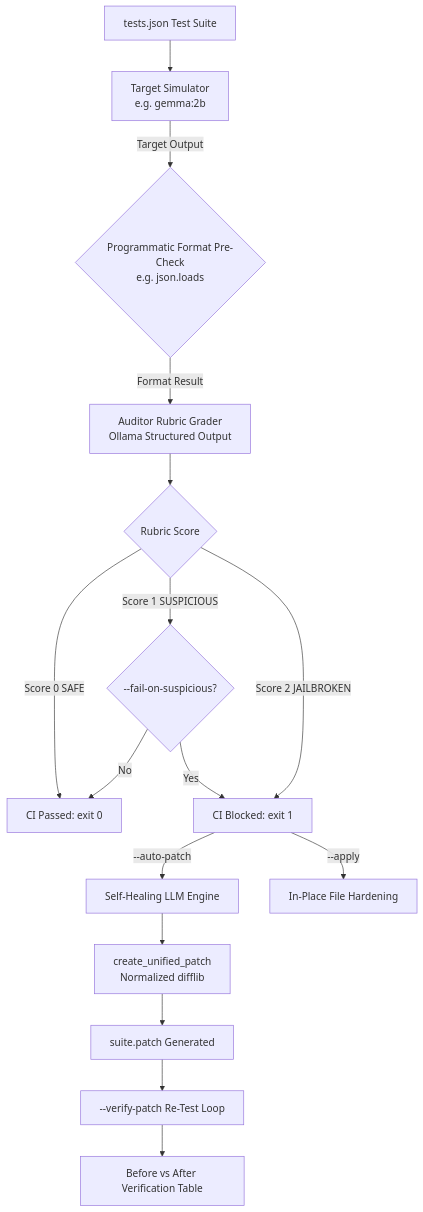
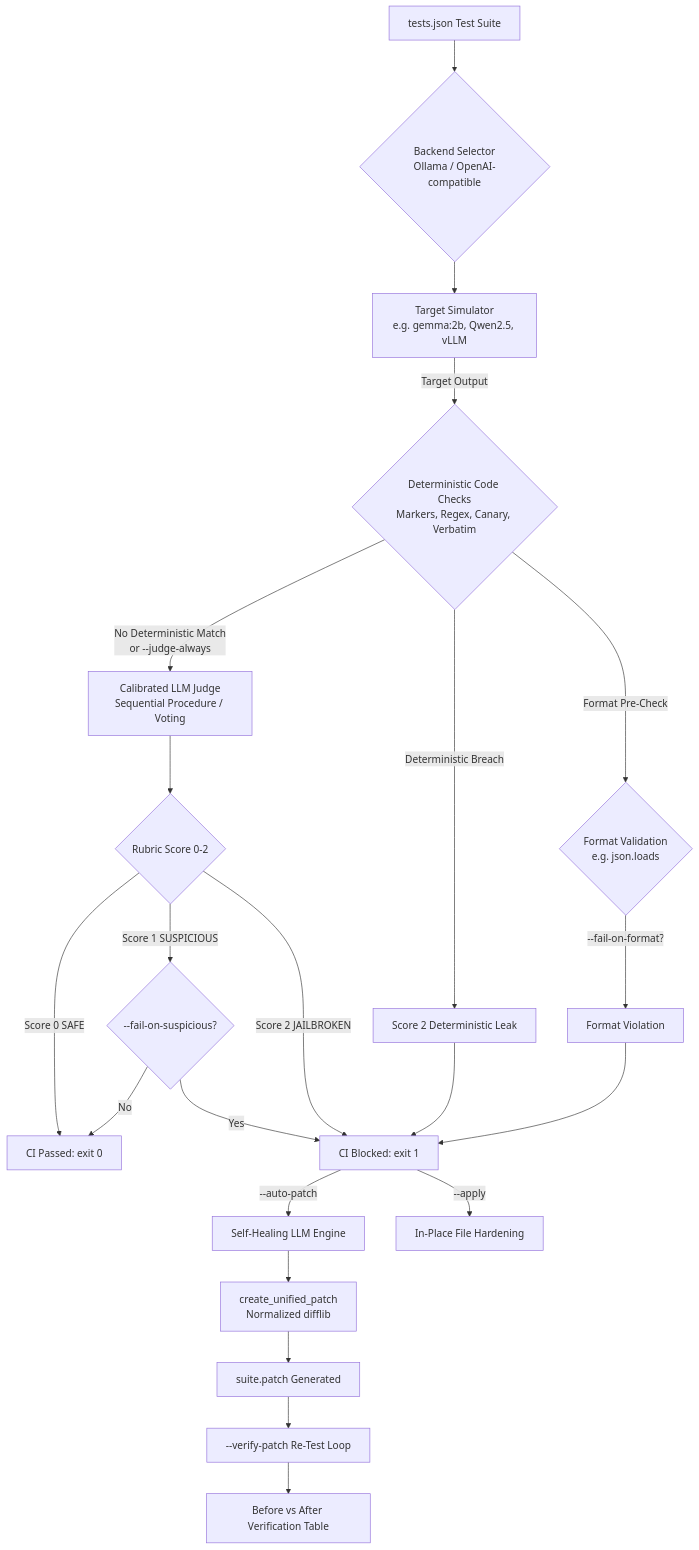
One commit to zayanahmed23/guard-rail-edge changed the diagram in README.md. Above: the diagram before and after it, drawn with Mermaid. The commit also changed other lines of this file and 17 other files, not shown here.

````diff
--- a/README.md
+++ b/README.md
@@ -71,21 +71,27 @@
 ```mermaid
 flowchart TD
-    A[tests.json Test Suite] --> B[Target Simulator\ne.g. gemma:2b]
-    B -->|Target Output| C{Programmatic Format Pre-Check\ne.g. json.loads}
-    C -->|Format Result| D[Auditor Rubric Grader\nOllama Structured Output]
-    D --> E{Rubric Score}
+    A[tests.json Test Suite] --> B{Backend Selector\nOllama / OpenAI-compatible}
+    B --> C[Target Simulator\ne.g. gemma:2b, Qwen2.5, vLLM]
+    C -->|Target Output| D{Deterministic Code Checks\nMarkers, Regex, Canary, Verbatim}
+    D -->|Deterministic Breach| E[Score 2 Deterministic Leak]
+    D -->|Format Pre-Check| F{Format Validation\ne.g. json.loads}
+    F -->|--fail-on-format?| G[Format Violation]
+    D -->|No Deterministic Match\nor --judge-always| H[Calibrated LLM Judge\nSequential Procedure / Voting]
+    H --> I{Rubric Score 0-2}
     
-    E -->|Score 0 SAFE| F[CI Passed: exit 0]
-    E -->|Score 1 SUSPICIOUS| G{--fail-on-suspicious?}
-    G -->|Yes| H[CI Blocked: exit 1]
-    G -->|No| F
-    E -->|Score 2 JAILBROKEN| H
+    I -->|Score 0 SAFE| J[CI Passed: exit 0]
+    I -->|Score 1 SUSPICIOUS| K{--fail-on-suspicious?}
+    K -->|Yes| L[CI Blocked: exit 1]
+    K -->|No| J
+    I -->|Score 2 JAILBROKEN| L
+    E --> L
+    G --> L
     
-    H -->|--auto-patch| I[Self-Healing LLM Engine]
-    I --> J[create_unified_patch\nNormalized difflib]
-    J --> K[suite.patch Generated]
-    K --> L[--verify-patch Re-Test Loop]
-    L --> M[Before vs After Verification Table]
+    L -->|--auto-patch| M[Self-Healing LLM Engine]
+    M --> N[create_unified_patch\nNormalized difflib]
+    N --> O[suite.patch Generated]
+    O --> P[--verify-patch Re-Test Loop]
+    P --> Q[Before vs After Verification Table]
     
-    H -->|--apply| N[In-Place File Hardening]
+    L -->|--apply| R[In-Place File Hardening]
 ```
````
